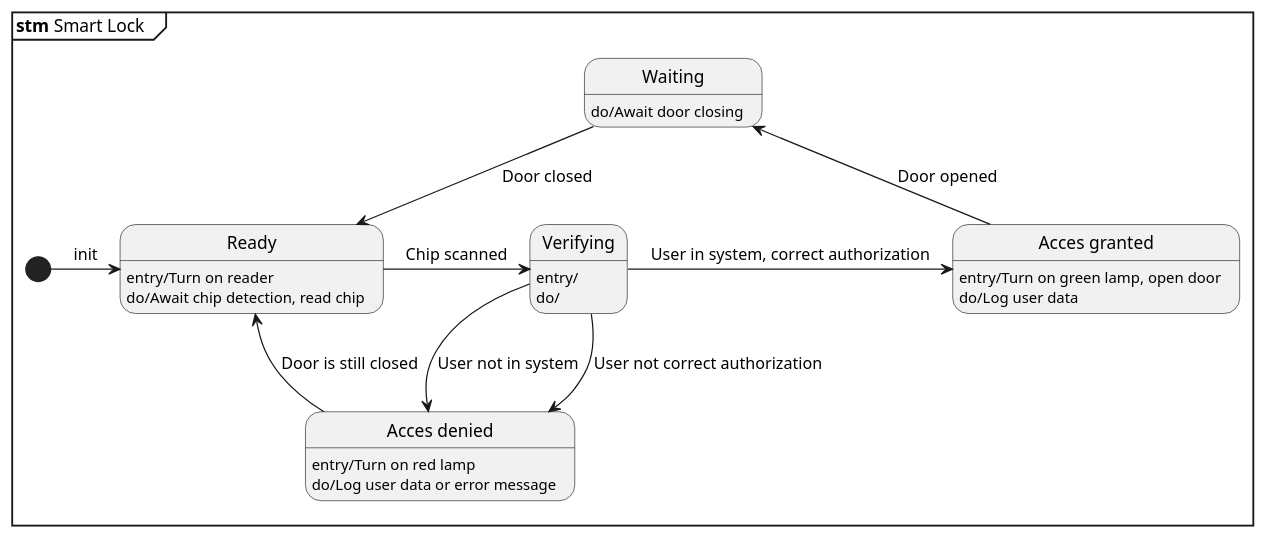
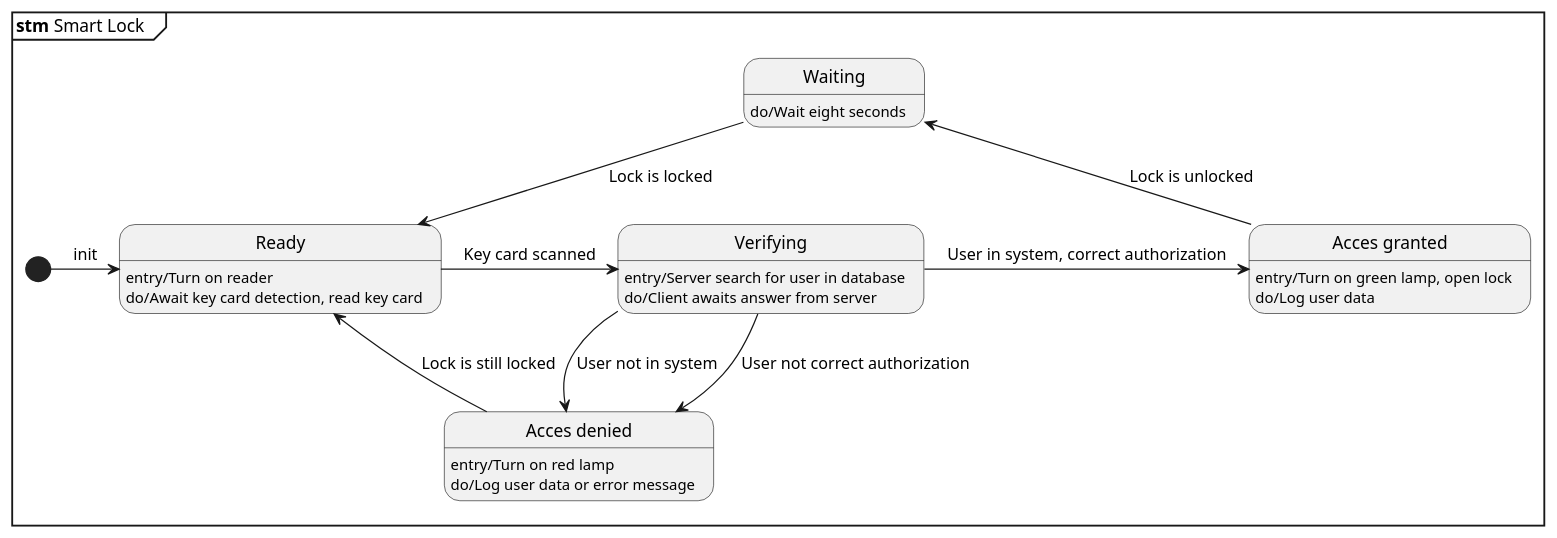
One commit to 0gga/AsyncNFCServer changed the diagram in Diagrams/STM_overordnet.puml. Above: the diagram before and after it, drawn with PlantUML. The commit also changed 4 other files, not shown here.

Commit message:
Added AC + UC diagrams and updated STM

```diff
--- a/Diagrams/STM_overordnet.puml
+++ b/Diagrams/STM_overordnet.puml
@@ -1,40 +1,40 @@
 @startuml STM
 mainframe **stm** Smart Lock\t
 state "Ready" as on
 state "Verifying" as verify
 state "Acces granted" as grant
 state "Acces denied" as deny
 state "Waiting" as wait
  
 'state choice <<choice>>
 
 on : entry/Turn on reader
-on : do/Await chip detection, read chip
+on : do/Await key card detection, read key card
 
-verify : entry/
-verify : do/
+verify : entry/Server search for user in database
+verify : do/Client awaits answer from server
 
-grant : entry/Turn on green lamp, open door
+grant : entry/Turn on green lamp, open lock
 grant : do/Log user data
 
 deny : entry/Turn on red lamp
 deny : do/Log user data or error message
 
-wait : do/Await door closing
+wait : do/Wait eight seconds
 
 
 [*] -r-> on : init
 
-on -r-> verify : Chip scanned
+on -r-> verify : Key card scanned
 
 verify -> grant : User in system, correct authorization
 verify -> deny : User not in system 
 verify -> deny : User not correct authorization 
 
-grant -u-> wait : Door opened
+grant -u-> wait : Lock is unlocked
 
-deny -d-> on : Door is still closed
+deny -d-> on : Lock is still locked
 
-wait -d-> on : Door closed
+wait -d-> on : Lock is locked
 
 @enduml
```
